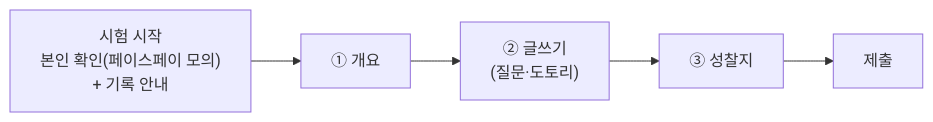
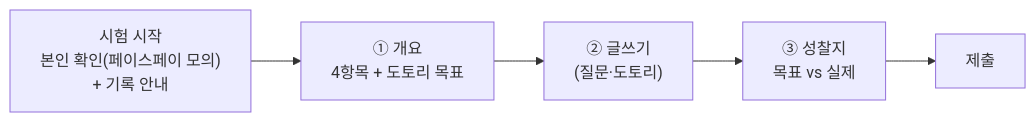
One commit to duswldbs0815/dotori-exam changed the diagram in docs/02-student-screens.md. Above: the diagram before and after it, drawn with Mermaid. The commit also changed other lines of this file and 12 other files, not shown here.

````diff
--- a/docs/02-student-screens.md
+++ b/docs/02-student-screens.md
@@ -18,4 +18,4 @@
 ```mermaid
 flowchart LR
-    A["시험 시작<br/>본인 확인(페이스페이 모의)<br/>+ 기록 안내"] --> B["① 개요"] --> C["② 글쓰기<br/>(질문·도토리)"] --> D["③ 성찰지"] --> E["제출"]
+    A["시험 시작<br/>본인 확인(페이스페이 모의)<br/>+ 기록 안내"] --> B["① 개요<br/>4항목 + 도토리 목표"] --> C["② 글쓰기<br/>(질문·도토리)"] --> D["③ 성찰지<br/>목표 vs 실제"] --> E["제출"]
 ```
````
